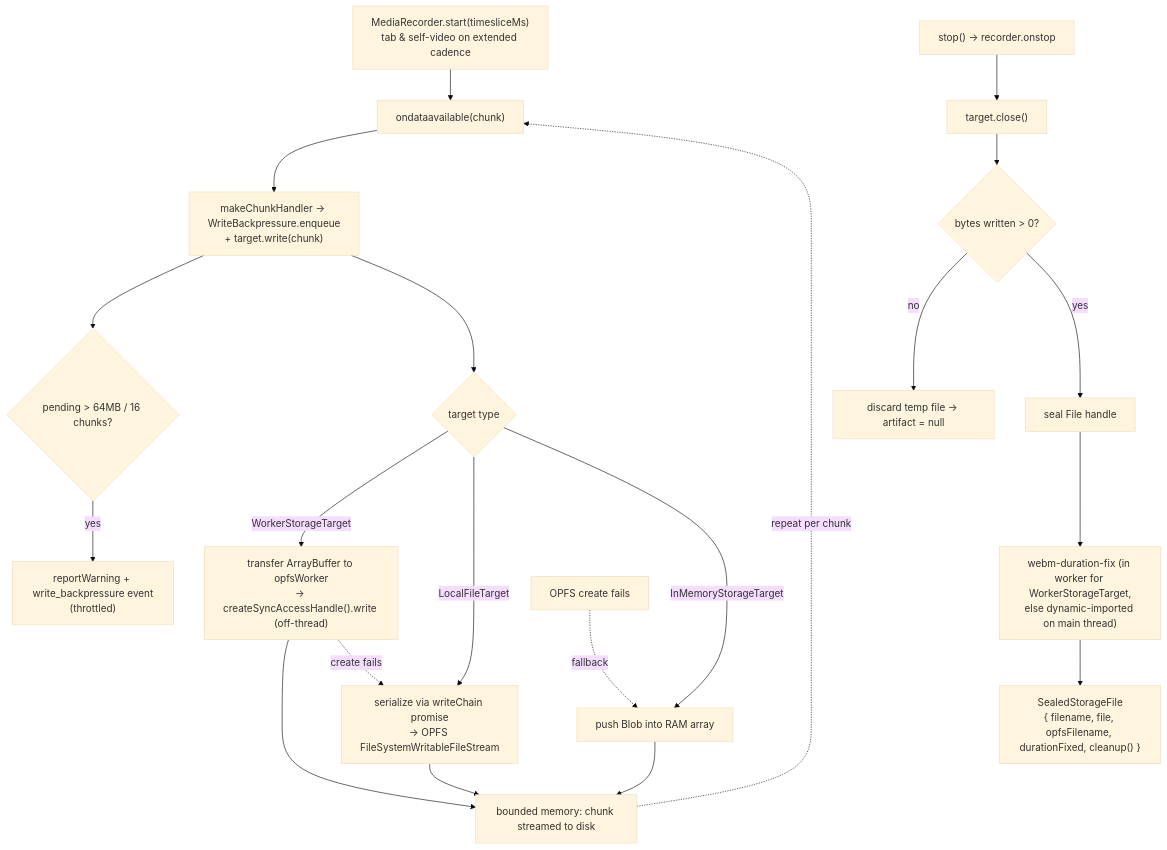
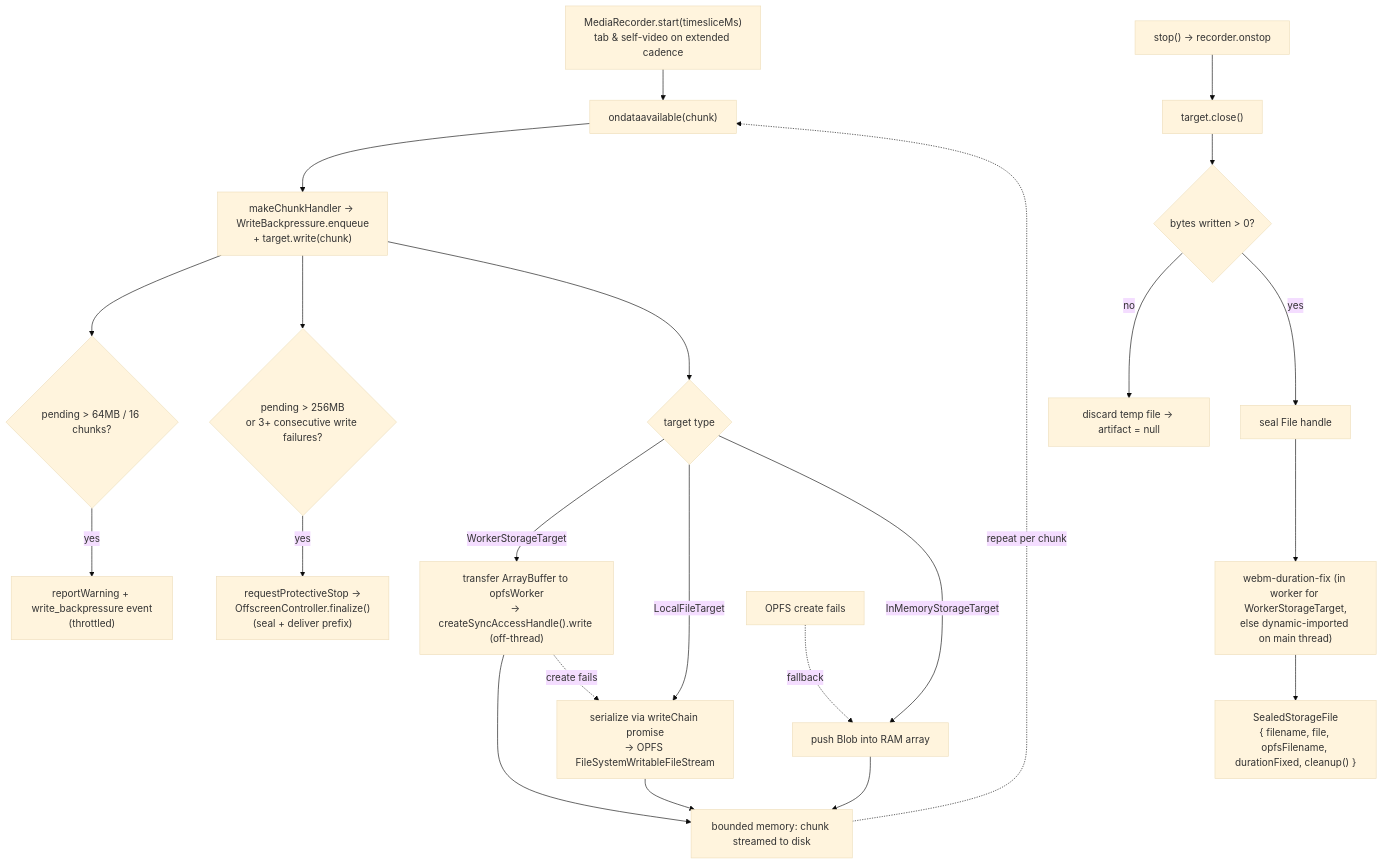
Before and after one commit to kstroevsky/chrome-meeting-recording-extension: the tenth of 17 diagrams in README.md, drawn with Mermaid (base theme). The commit also changed other lines of this file and 2 other files, not shown here.

Commit message:
Fix: WriteBackpressure observes but doesn't apply pressure

````diff
--- a/README.md
+++ b/README.md
@@ -1512,25 +1516,27 @@
 ```mermaid
 flowchart TD
     A["MediaRecorder.start(timesliceMs)<br/>tab & self-video on extended cadence"] --> B["ondataavailable(chunk)"]
     B --> C["makeChunkHandler → WriteBackpressure.enqueue<br/>+ target.write(chunk)"]
     C --> BP{"pending > 64MB / 16 chunks?"}
     BP -->|yes| W["reportWarning + write_backpressure event<br/>(throttled)"]
+    C --> HC{"pending > 256MB<br/>or 3+ consecutive write failures?"}
+    HC -->|yes| PS["requestProtectiveStop →<br/>OffscreenController.finalize()<br/>(seal + deliver prefix)"]
     C --> D{"target type"}
     D -->|WorkerStorageTarget| WK["transfer ArrayBuffer to opfsWorker<br/>→ createSyncAccessHandle().write (off-thread)"]
     D -->|LocalFileTarget| E["serialize via writeChain promise<br/>→ OPFS FileSystemWritableFileStream"]
-    D -->|InMemoryStorageTarget| F["push Blob into RAM array"]
+D -->|InMemoryStorageTarget| F["push Blob into RAM array"]
     WK --> G["bounded memory: chunk streamed to disk"]
     E --> G
     F --> G
     G -.->|repeat per chunk| B
 
     H["stop() → recorder.onstop"] --> I["target.close()"]
     I --> J{"bytes written > 0?"}
     J -->|no| K["discard temp file → artifact = null"]
     J -->|yes| L["seal File handle"]
     L --> M["webm-duration-fix (in worker for WorkerStorageTarget,<br/>else dynamic-imported on main thread)"]
     M --> N["SealedStorageFile<br/>{ filename, file, opfsFilename, durationFixed, cleanup() }"]
 
     WK -. create fails .-> E
     O["OPFS create fails"] -.->|fallback| F
 ```
````
